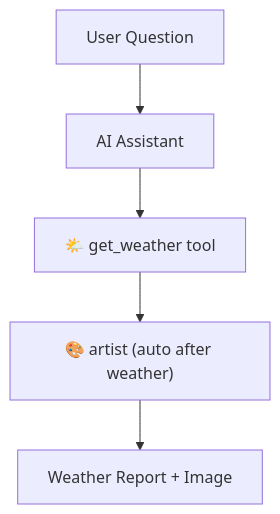
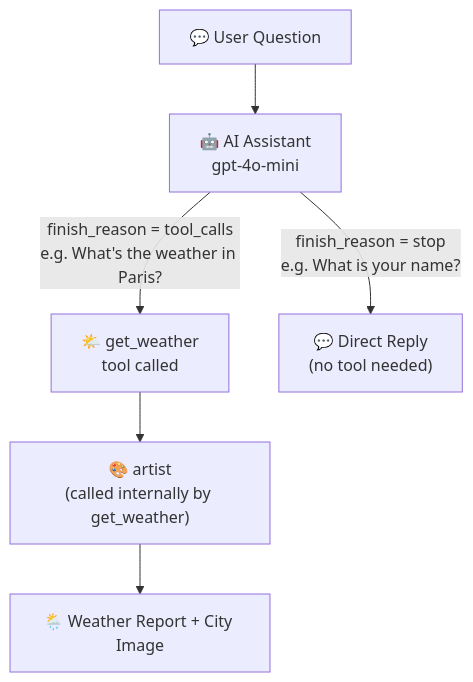
One commit to Walid-Ahmed/WeatherVisionAI changed the diagram in README.md. Above: the diagram before and after it, drawn with Mermaid. The commit also changed other lines of this file, not shown here.

Commit message:
docs: improve workflow diagram to show tool-call vs direct reply paths

````diff
--- a/README.md
+++ b/README.md
@@ -115,7 +111,10 @@
 ```mermaid
 flowchart TD
-    User["User Question"] --> AIAssistant["AI Assistant"]
-    AIAssistant --> WeatherTool["🌤️ get_weather tool"]
-    WeatherTool --> Artist["🎨 artist (auto after weather)"]
-    Artist --> Response["Weather Report + Image"]
+    User["💬 User Question"] --> AI["🤖 AI Assistant\ngpt-4o-mini"]
+
+    AI -->|"finish_reason = tool_calls\ne.g. What's the weather in Paris?"| ToolCall["🌤️ get_weather\ntool called"]
+    AI -->|"finish_reason = stop\ne.g. What is your name?"| DirectReply["💬 Direct Reply\n(no tool needed)"]
+
+    ToolCall --> Artist["🎨 artist\n(called internally by get_weather)"]
+    Artist --> WeatherReply["🌦️ Weather Report + City Image"]
 ```
````
